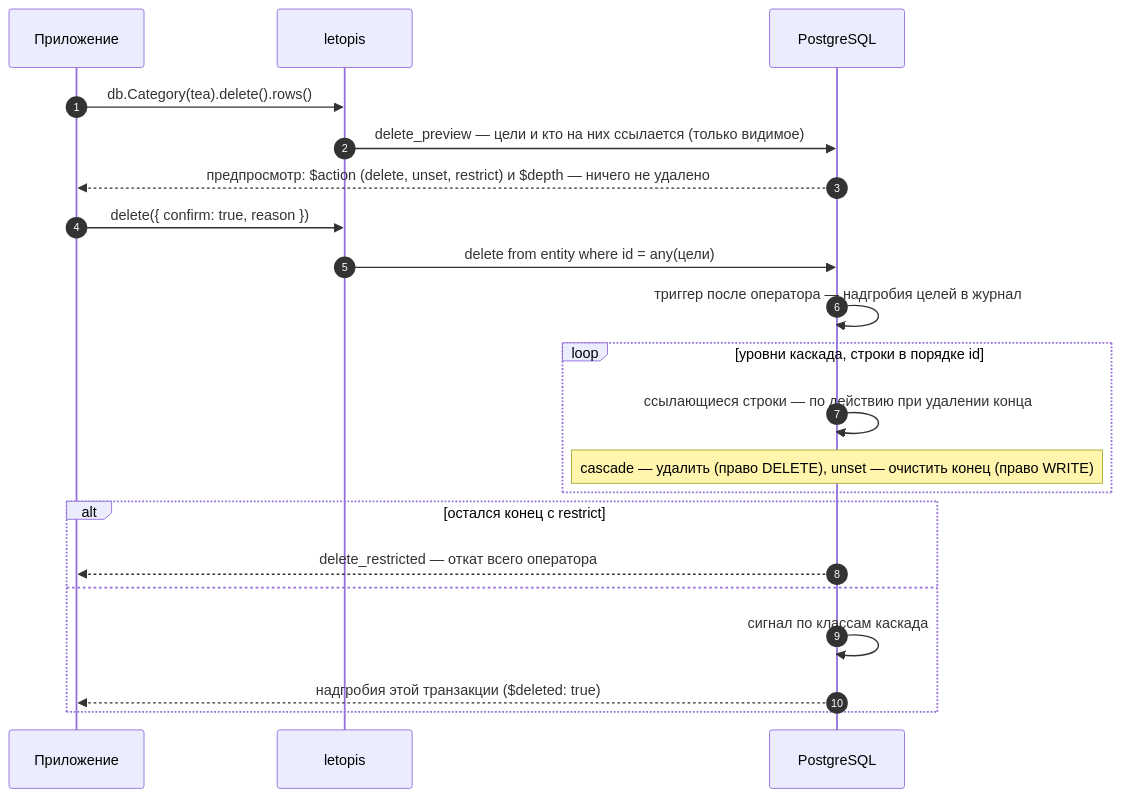
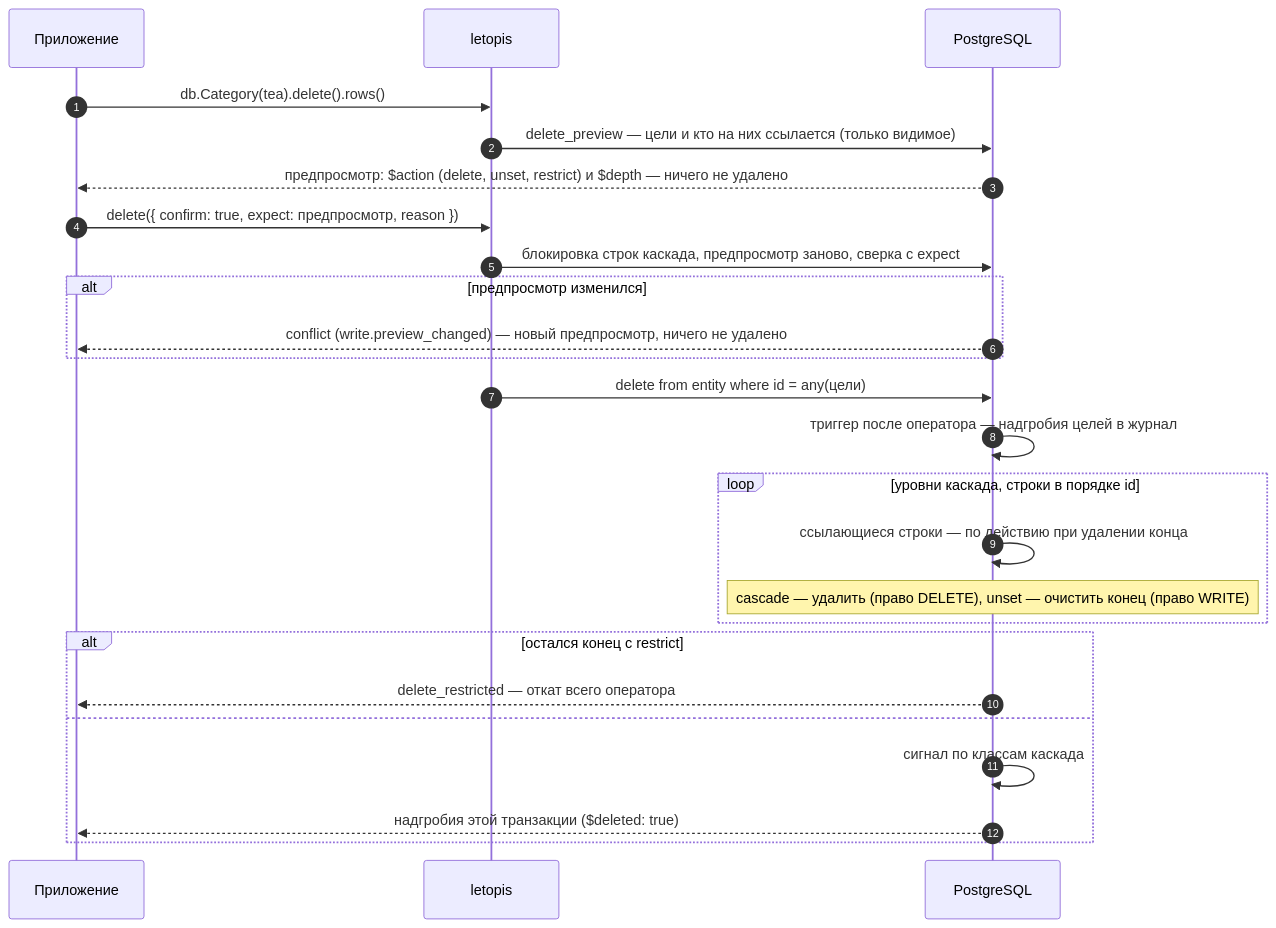
Before and after one commit to alepri51/letopis: the diagram in guide/pages/delete/index.md, drawn with Mermaid. The commit also changed other lines of this file and 27 other files, not shown here.

````diff
--- a/guide/pages/delete/index.md
+++ b/guide/pages/delete/index.md
@@ -87,23 +90,27 @@
 ```mermaid
 sequenceDiagram
   autonumber
   participant App as Приложение
   participant Lib as letopis
   participant DB as PostgreSQL
   App->>Lib: db.Category(tea).delete().rows()
   Lib->>DB: delete_preview — цели и кто на них ссылается (только видимое)
   DB-->>App: предпросмотр: $action (delete, unset, restrict) и $depth — ничего не удалено
-  App->>Lib: delete({ confirm: true, reason })
+  App->>Lib: delete({ confirm: true, expect: предпросмотр, reason })
+  Lib->>DB: блокировка строк каскада, предпросмотр заново, сверка с expect
+  alt предпросмотр изменился
+    DB-->>App: conflict (write.preview_changed) — новый предпросмотр, ничего не удалено
+  end
   Lib->>DB: delete from entity where id = any(цели)
   DB->>DB: триггер после оператора — надгробия целей в журнал
   loop уровни каскада, строки в порядке id
     DB->>DB: ссылающиеся строки — по действию при удалении конца
     Note over DB: cascade — удалить (право DELETE), unset — очистить конец (право WRITE)
   end
   alt остался конец с restrict
     DB-->>App: delete_restricted — откат всего оператора
   else
     DB->>DB: сигнал по классам каскада
     DB-->>App: надгробия этой транзакции ($deleted: true)
   end
 ```
````
